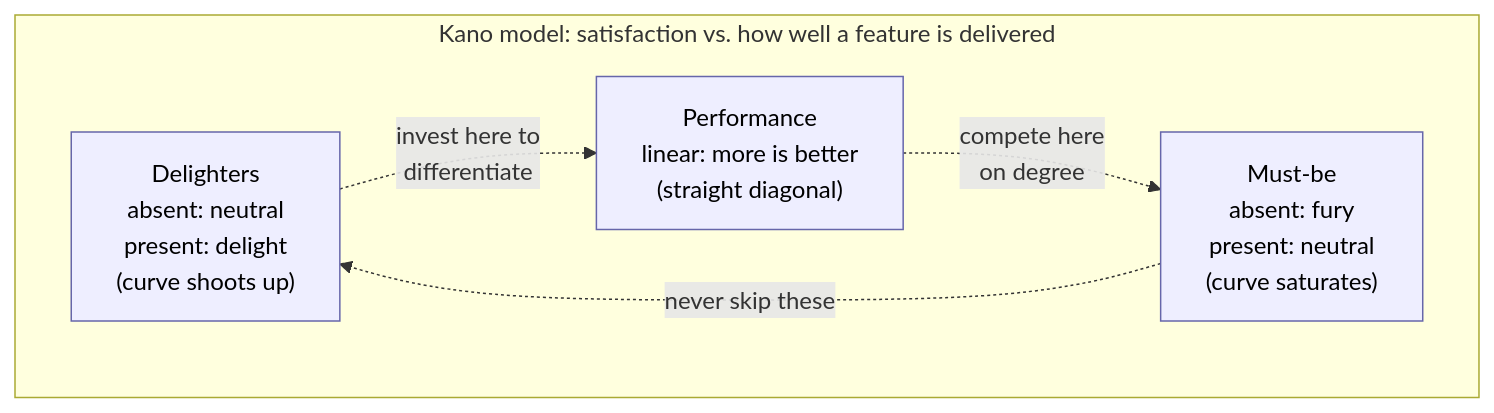
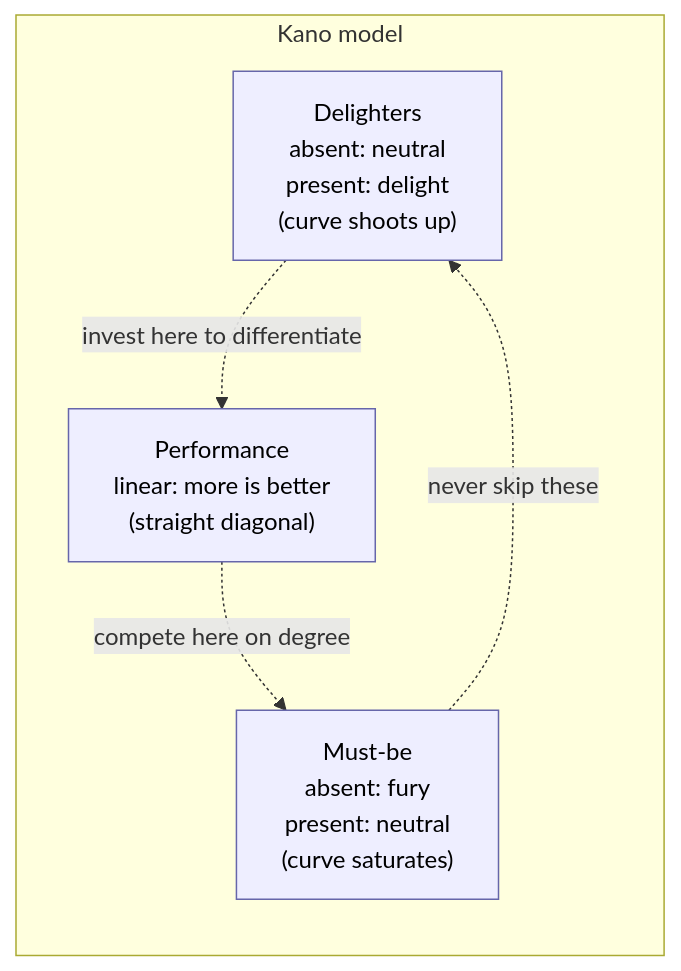
One commit to vrthra/open-swe-book changed the second of 2 diagrams in chapters/04-requirements-analysis/README.md. Above: the diagram before and after it, drawn with Mermaid. The commit also changed 23 other files, not shown here.

Commit message:
Update tab order and fixed diagrams

````diff
--- a/chapters/04-requirements-analysis/README.md
+++ b/chapters/04-requirements-analysis/README.md
@@ -464,14 +464,14 @@
 ```mermaid
-graph LR
-    subgraph Kano["Kano model: satisfaction vs. how well a feature is delivered"]
-        direction LR
+graph TD
+    subgraph Kano["Kano model"]
+        direction TB
         A["Delighters<br/>absent: neutral<br/>present: delight<br/>(curve shoots up)"]
         P["Performance<br/>linear: more is better<br/>(straight diagonal)"]
         M["Must-be<br/>absent: fury<br/>present: neutral<br/>(curve saturates)"]
     end
-    A -. "invest here to<br/>differentiate" .-> P
-    P -. "compete here<br/>on degree" .-> M
+    A -. "invest here to differentiate" .-> P
+    P -. "compete here on degree" .-> M
     M -. "never skip these" .-> A
     classDef k fill:#eef,stroke:#66a,color:#000;
     class A,P,M k;
 ```
````
